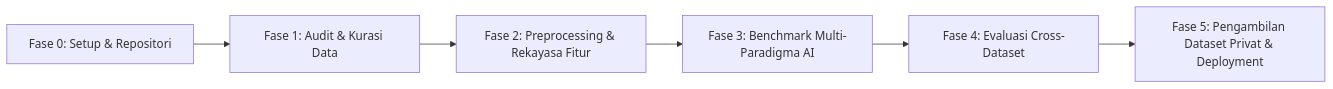
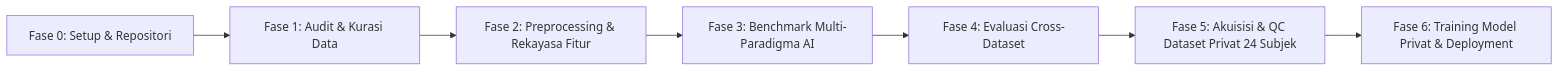
The diagram in 08_documents/methodology/laporan_progres_komprehensif_penelitian.md (candrawij/mitigasi_skoliosis_ta), drawn with Mermaid before and after one commit. The commit also changed other lines of this file and 1 other file, not shown here.

Commit message:
docs: add comprehensive research progress report and 24-subject dataset QC documentation

````diff
--- a/08_documents/methodology/laporan_progres_komprehensif_penelitian.md
+++ b/08_documents/methodology/laporan_progres_komprehensif_penelitian.md
@@ -50,8 +53,9 @@
 ```mermaid
 flowchart LR
     F0["Fase 0: Setup & Repositori"] --> F1["Fase 1: Audit & Kurasi Data"]
     F1 --> F2["Fase 2: Preprocessing & Rekayasa Fitur"]
     F2 --> F3["Fase 3: Benchmark Multi-Paradigma AI"]
     F3 --> F4["Fase 4: Evaluasi Cross-Dataset"]
-    F4 --> F5["Fase 5: Pengambilan Dataset Privat & Deployment"]
+    F4 --> F5["Fase 5: Akuisisi & QC Dataset Privat 24 Subjek"]
+    F5 --> F6["Fase 6: Training Model Privat & Deployment"]
 ```
````
